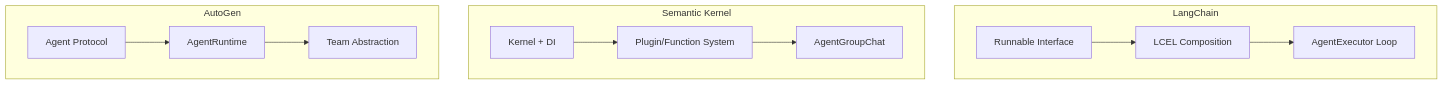
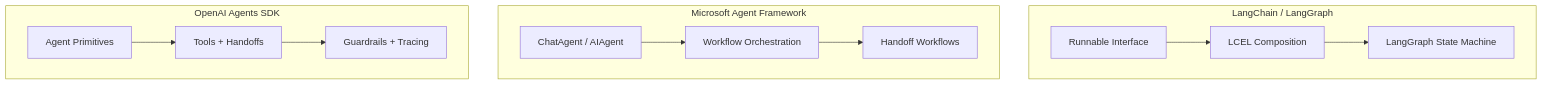
Before and after one commit to changjian-wang/dawning-agents: the diagram in docs/readings/05-framework-comparison/framework-comparison-en.md, drawn with Mermaid. The commit also changed other lines of this file and 1 other file, not shown here.

````diff
--- a/docs/readings/05-framework-comparison/framework-comparison-en.md
+++ b/docs/readings/05-framework-comparison/framework-comparison-en.md
@@ -18,23 +23,23 @@
 ```mermaid
 graph TB
-    subgraph "LangChain"
+    subgraph "LangChain / LangGraph"
         LC1[Runnable Interface]
         LC2[LCEL Composition]
-        LC3[AgentExecutor Loop]
+        LC3[LangGraph State Machine]
         LC1 --> LC2 --> LC3
     end
     
-    subgraph "Semantic Kernel"
-        SK1[Kernel + DI]
-        SK2[Plugin/Function System]
-        SK3[AgentGroupChat]
-        SK1 --> SK2 --> SK3
+    subgraph "Microsoft Agent Framework"
+        MS1[ChatAgent / AIAgent]
+        MS2[Workflow Orchestration]
+        MS3[Handoff Workflows]
+        MS1 --> MS2 --> MS3
     end
     
-    subgraph "AutoGen"
-        AG1[Agent Protocol]
-        AG2[AgentRuntime]
-        AG3[Team Abstraction]
-        AG1 --> AG2 --> AG3
+    subgraph "OpenAI Agents SDK"
+        OA1[Agent Primitives]
+        OA2[Tools + Handoffs]
+        OA3[Guardrails + Tracing]
+        OA1 --> OA2 --> OA3
     end
 ```
````
